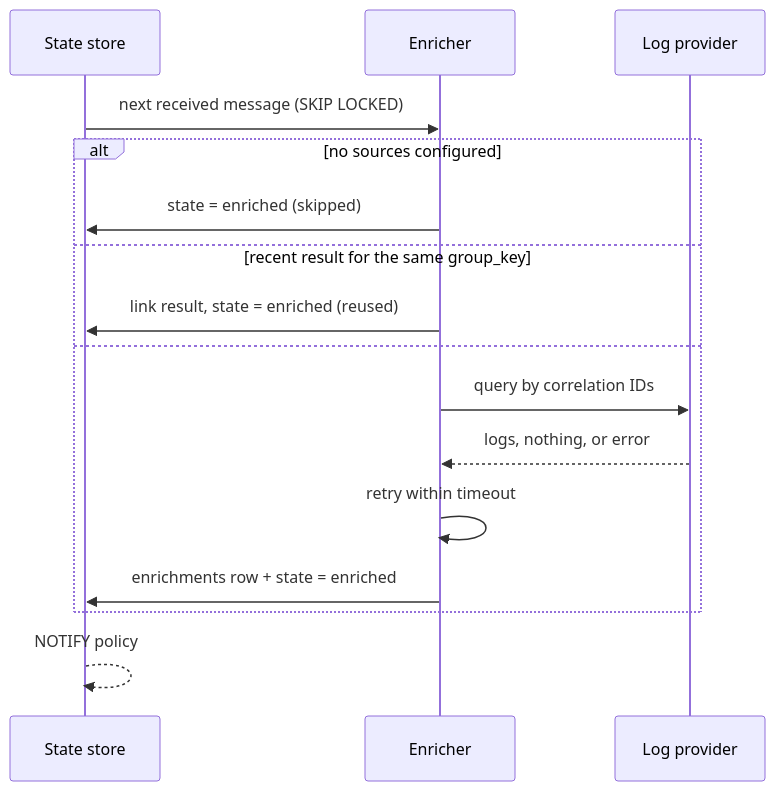
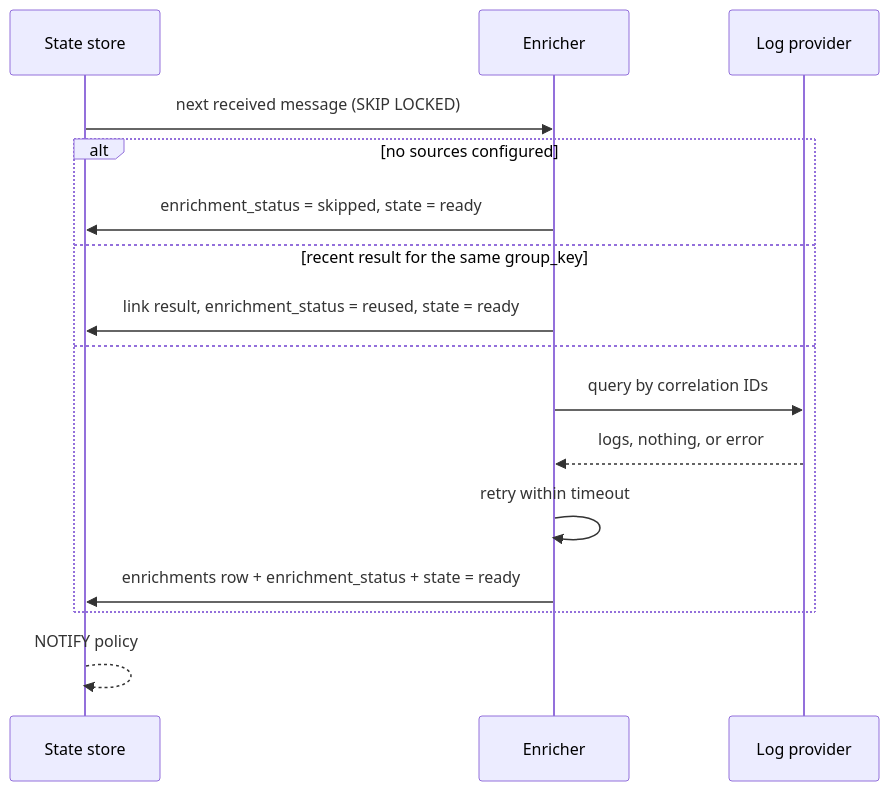
Before and after one commit to opendlq/OpenDLQ: the second of 11 diagrams in docs/flows.md, drawn with Mermaid. The commit also changed other lines of this file and 6 other files, not shown here.

First line of the commit message:
docs: rename the enriched state to ready

````diff
--- a/docs/flows.md
+++ b/docs/flows.md
@@ -42,18 +42,18 @@
 ```mermaid
 sequenceDiagram
     participant S as State store
     participant E as Enricher
     participant LP as Log provider
     S->>E: next received message (SKIP LOCKED)
     alt no sources configured
-        E->>S: state = enriched (skipped)
+        E->>S: enrichment_status = skipped, state = ready
     else recent result for the same group_key
-        E->>S: link result, state = enriched (reused)
+        E->>S: link result, enrichment_status = reused, state = ready
     else
         E->>LP: query by correlation IDs
         LP-->>E: logs, nothing, or error
         E->>E: retry within timeout
-        E->>S: enrichments row + state = enriched
+        E->>S: enrichments row + enrichment_status + state = ready
     end
     S-->>S: NOTIFY policy
 ```
````
